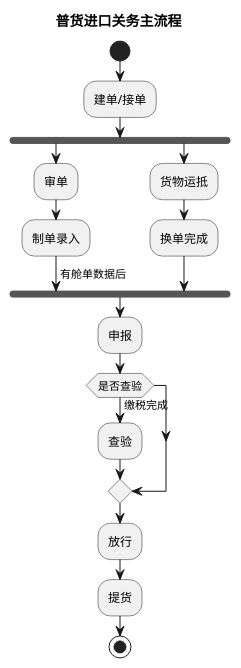
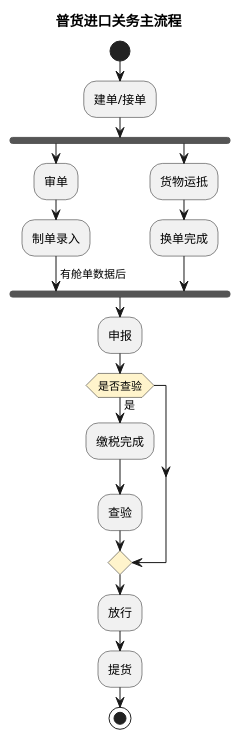
One commit to jack888332/projects-doc changed the third of 7 diagrams in product-caliber/goldjet/segmented-prd/mainflow/PRD.高捷物流系统一期.主流程.01.业务模式主流程总览.md. Above: the diagram before and after it, drawn with PlantUML. The commit also changed other lines of this file and 20 other files, not shown here.

Commit message:
优化流程表对应的DLS图

````diff
--- a/product-caliber/goldjet/segmented-prd/mainflow/PRD.高捷物流系统一期.主流程.01.业务模式主流程总览.md
+++ b/product-caliber/goldjet/segmented-prd/mainflow/PRD.高捷物流系统一期.主流程.01.业务模式主流程总览.md
@@ -56,22 +63,24 @@
 ```plantuml
 @startuml
+skinparam activityDiamondBackgroundColor #FFF4CC
 title 普货进口关务主流程
 start
 :建单/接单;
 fork
   :审单;
   :制单录入;
   -> 有舱单数据后;
 fork again
   :货物运抵;
   :换单完成;
 end fork
 :申报;
-if (是否查验) then (缴税完成)
+if (是否查验) then (是)
+  :缴税完成;
   :查验;
 endif
 :放行;
 :提货;
 stop
 @enduml
 ```
````
